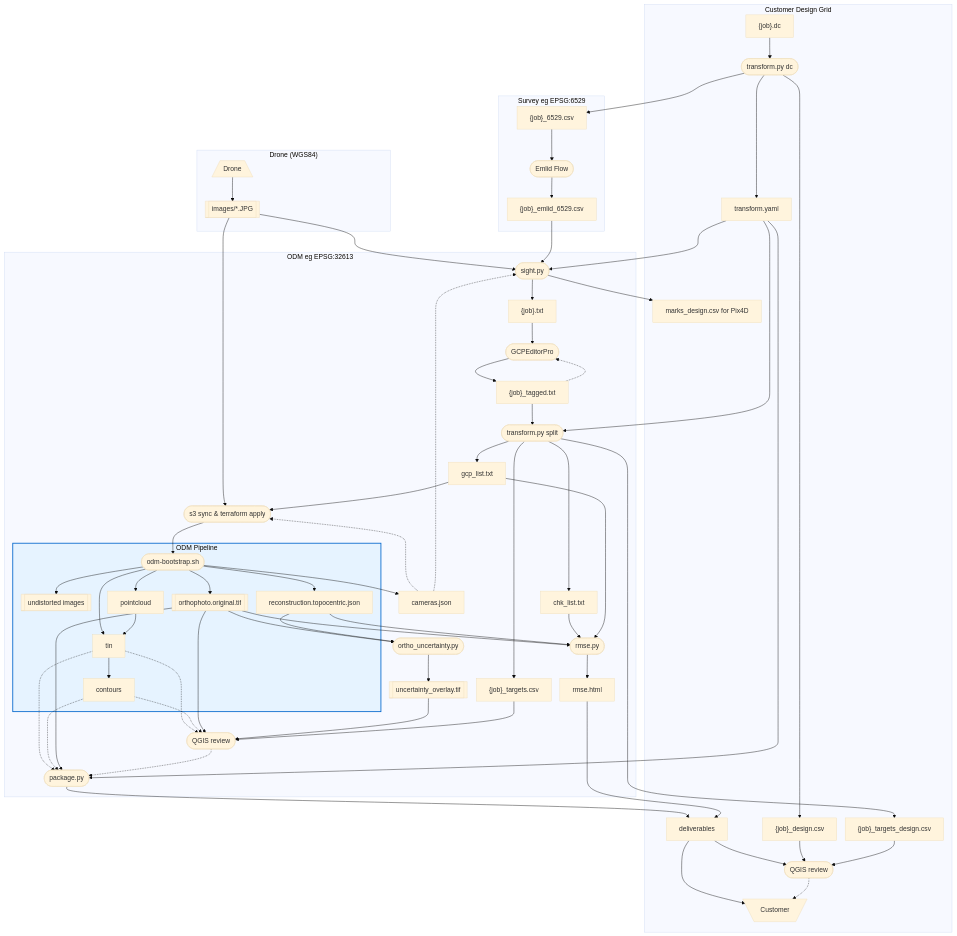
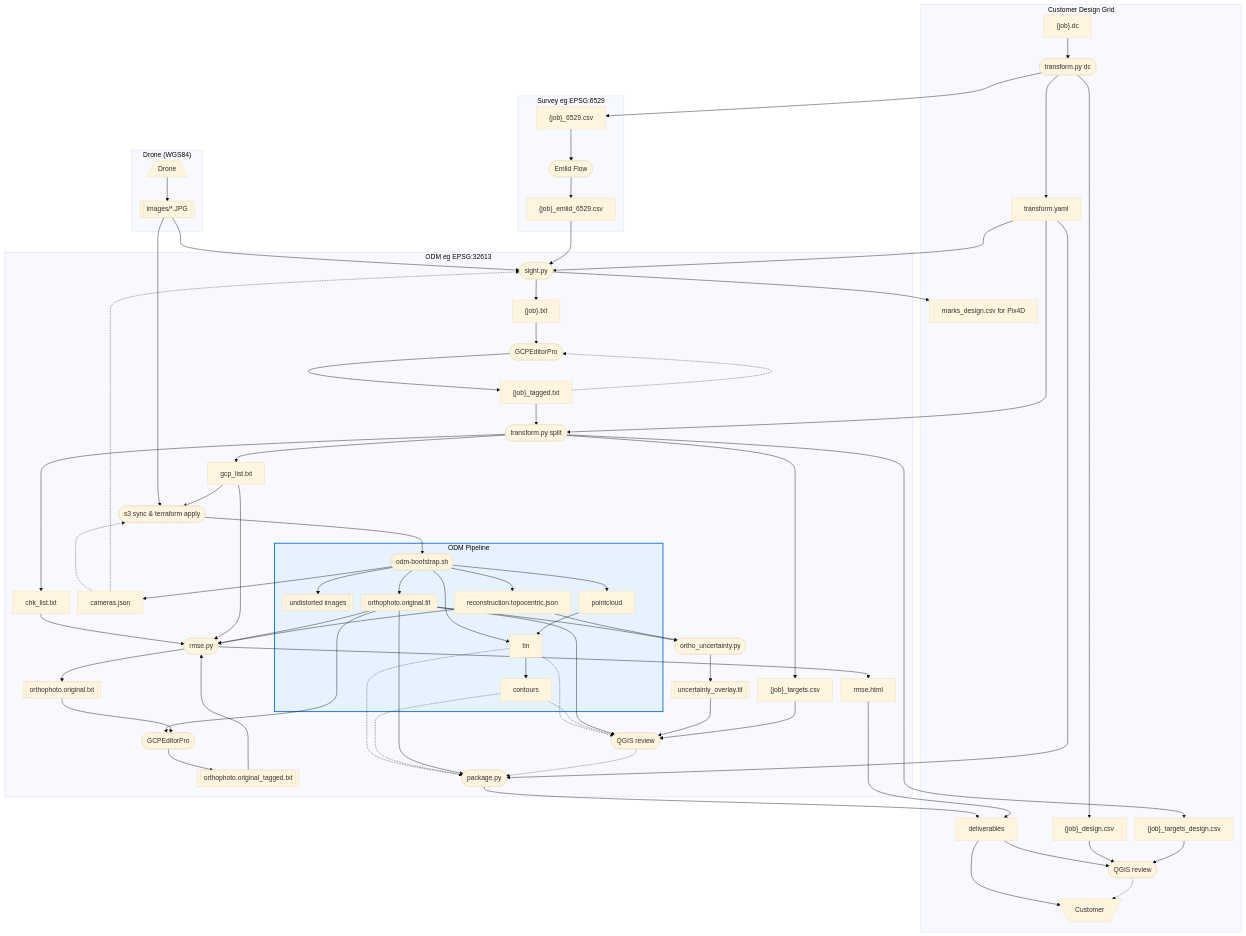
Before and after one commit to jrstear/geo: the diagram in docs/odm-workflow.md, drawn with Mermaid. The commit also changed 2 other files, not shown here.

Commit message:
feat(geo-lw0f,geo-h32x): ortho tagging + ortho RMSE in rmse.py
- --emit-ortho-tags: emit per-target ortho crops (JPEG with EXIF metadata)
  + tagging file for GCPEditorPro round-trip
- --ortho-tags: compute ortho-level RMSE from tagged ortho positions
  (crop EXIF → full-ortho pixel → UTM → compare to survey)
- --json: write result data to file (removed unconditional stdout dump)
- HTML report: row-grouped summary table (Reconstruction/Orthophoto sections),
  per-point table with ortho dH column, icons/sort driven by ortho dH when
  present, red crosshair reticle on crop images at tagged positions
- Filled 5-pointed star for GCP markers in overview map (matching ★ in table)
- Methodology descriptions split into Reconstruction and Orthophoto sections

```diff
--- a/docs/odm-workflow.md
+++ b/docs/odm-workflow.md
@@ -27,6 +27,8 @@
     launch_odm(["s3 sync & terraform apply"])
     odm(["odm-bootstrap.sh"])
     rmse(["rmse.py"])
+    report["rmse.html"]
+    gcpeditor_ortho(["GCPEditorPro"])
     uncertainty(["ortho_uncertainty.py"])
     drone[/"Drone"\]
     images[["images/*.JPG"]]
@@ -35,9 +37,10 @@
     tin
     contours
     orthophoto[["orthophoto.original.tif"]]
+    orthophoto_txt[["orthophoto.original.txt"]]
+    orthophoto_txt_tagged[["orthophoto.original_tagged.txt"]]
     uncertainty_tif[["uncertainty_overlay.tif"]]
     packager(["package.py"])
-    report["rmse.html"]
     model["reconstruction.topocentric.json"]
     customer[\"Customer"/]
     qgis_cloud(["QGIS review"])
@@ -88,9 +91,12 @@
         style ODM fill:#e6f3ff,stroke:#0066cc,stroke-width:2px
         cameras
         rmse
+        report
+        orthophoto_txt
+        orthophoto_txt_tagged
+        gcpeditor_ortho
         uncertainty
         uncertainty_tif
-        report
         packager
         qgis_cloud
     end
@@ -127,6 +133,9 @@
     odm --> tin
     odm --> cameras
     rmse --> report
+    rmse --> orthophoto_txt
+    orthophoto --> gcpeditor_ortho
+    orthophoto_txt --> gcpeditor_ortho --> orthophoto_txt_tagged --> rmse
     tin -.-> qgis_cloud
     tin -.-> packager
     contours -.-> qgis_cloud
```
